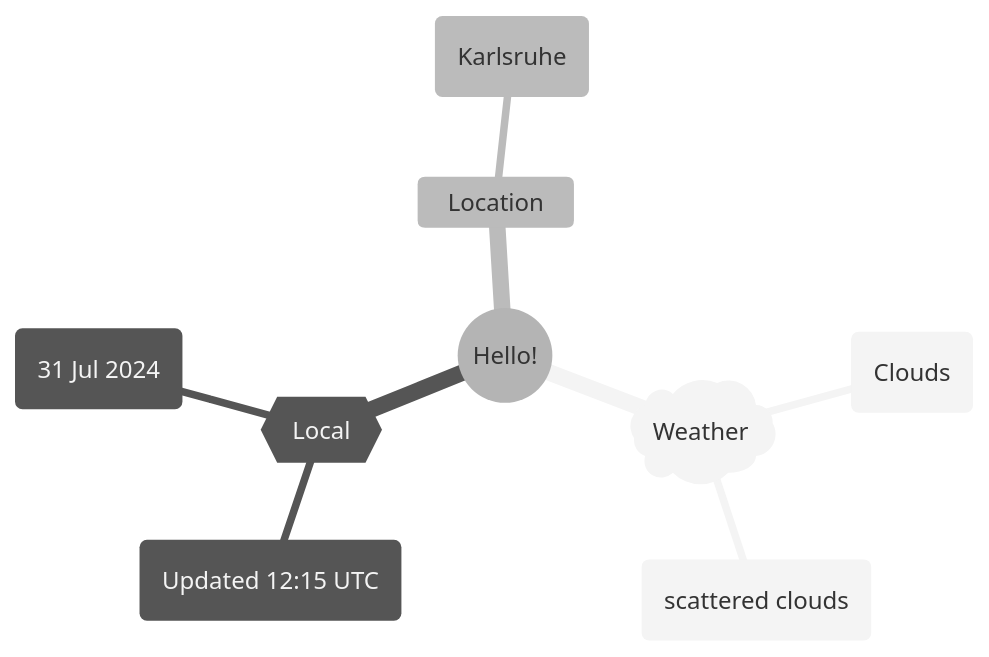
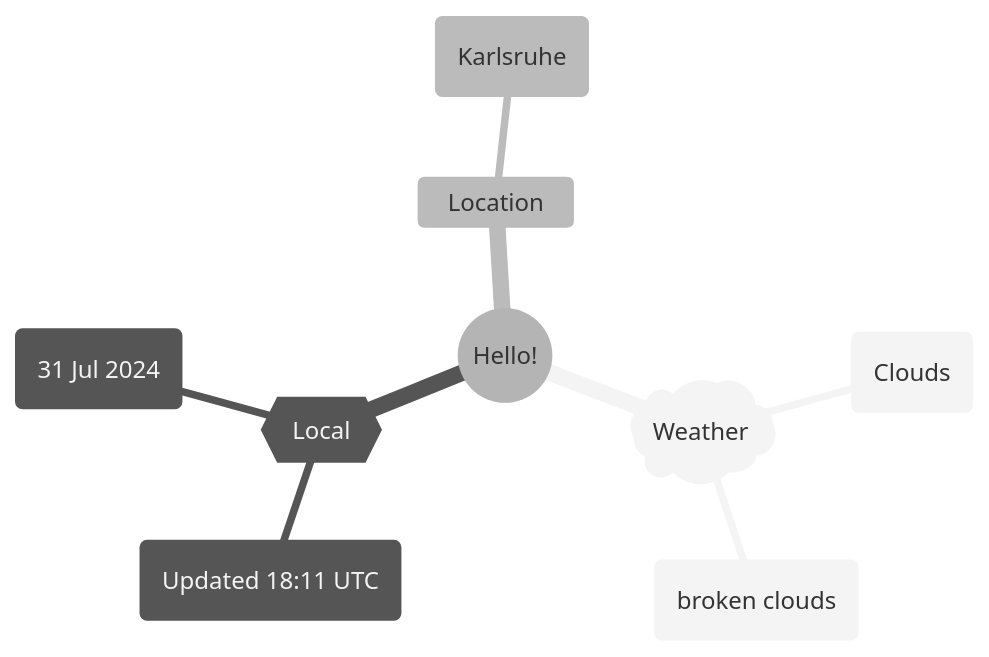
The first of 2 diagrams in README.md (Xosrov/Xosrov), drawn with Mermaid (neutral theme) before and after one commit.

Commit message:
[bot] updated images

````diff
--- a/README.md
+++ b/README.md
@@ -3,12 +3,12 @@
 ```mermaid
 mindmap
   root((Hello!))
     )Weather(
         (Clouds)
-        (scattered clouds)
+        (broken clouds)
     {{Local}}
-        (Updated 12:15 UTC)
+        (Updated 18:11 UTC)
         (31 Jul 2024)
     Location
         (Karlsruhe)
 ```
````
